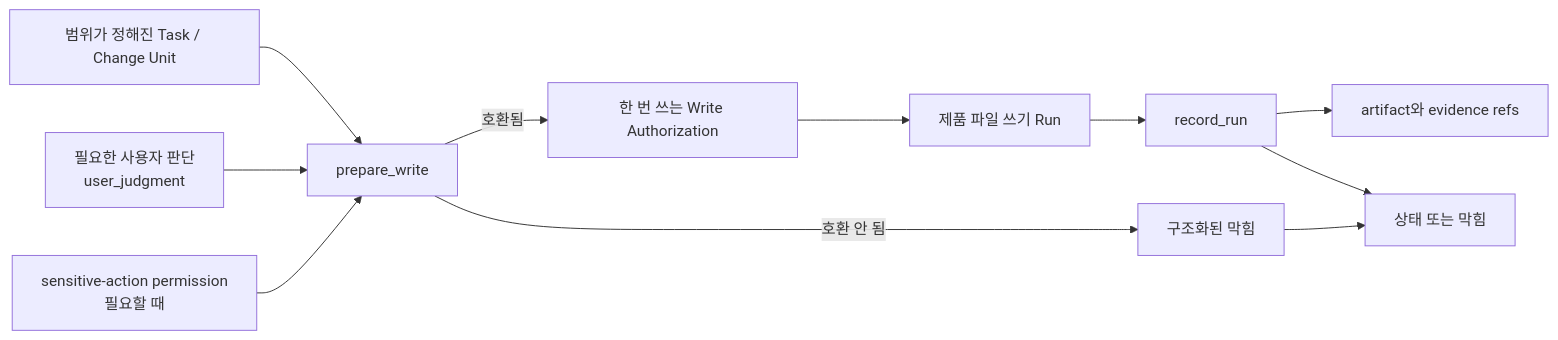
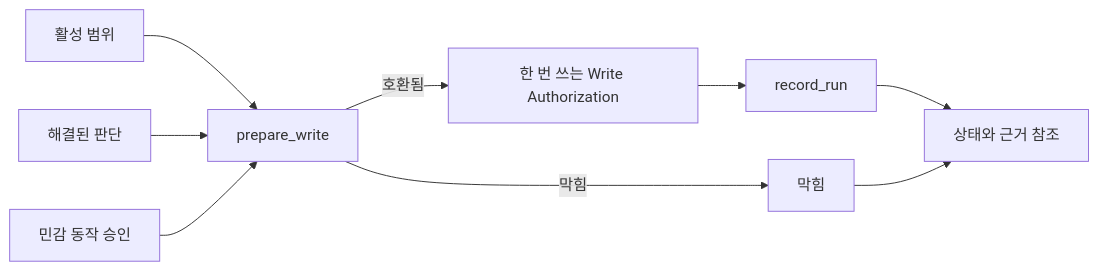
The second of 3 diagrams in docs/ko/reference/core-model.md (minjungw00/Harness_Project), drawn with Mermaid before and after one commit. The commit also changed other lines of this file and 15 other files, not shown here.

Commit message:
docs: simplify and audit Harness diagrams

````diff
--- a/docs/ko/reference/core-model.md
+++ b/docs/ko/reference/core-model.md
@@ -546,13 +550,11 @@
 ```mermaid
 flowchart LR
-  Scope["범위가 정해진 Task / Change Unit"] --> Prepare["prepare_write"]
-  Judgment["필요한 사용자 판단<br/>user_judgment"] --> Prepare
-  Approval["sensitive-action permission<br/>필요할 때"] --> Prepare
+  Scope["활성 범위"] --> Prepare["prepare_write"]
+  Judgment["해결된 판단"] --> Prepare
+  Approval["민감 동작 승인"] --> Prepare
   Prepare -->|호환됨| Auth["한 번 쓰는 Write Authorization"]
-  Prepare -->|호환 안 됨| Blocker["구조화된 막힘"]
-  Auth --> Run["제품 파일 쓰기 Run"]
-  Run --> Record["record_run"]
-  Record --> Artifacts["artifact와 evidence refs"]
-  Record --> Status["상태 또는 막힘"]
-  Blocker --> Status
+  Prepare -->|막힘| Blocker["막힘"]
+  Auth --> Record["record_run"]
+  Record --> State["상태와 근거 참조"]
+  Blocker --> State
 ```
````
